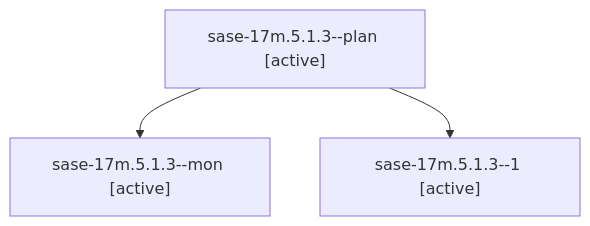
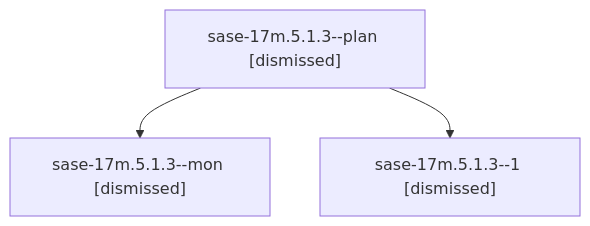
One commit to sase-org/sase--agents changed the diagram in sessions/bbugyi200.athena.sase-17m.5.1.3.md. Above: the diagram before and after it, drawn with Mermaid. The commit also changed other lines of this file and 179 other files, not shown here.

````diff
--- a/sessions/bbugyi200.athena.sase-17m.5.1.3.md
+++ b/sessions/bbugyi200.athena.sase-17m.5.1.3.md
@@ -9,8 +9,8 @@
 ```mermaid
 flowchart TD
-  n0["sase-17m.5.1.3--plan [active]"]
-  n1["sase-17m.5.1.3--mon [active]"]
+  n0["sase-17m.5.1.3--plan [dismissed]"]
+  n1["sase-17m.5.1.3--mon [dismissed]"]
   n0 --> n1
-  n2["sase-17m.5.1.3--1 [active]"]
+  n2["sase-17m.5.1.3--1 [dismissed]"]
   n0 --> n2
 ```
````
